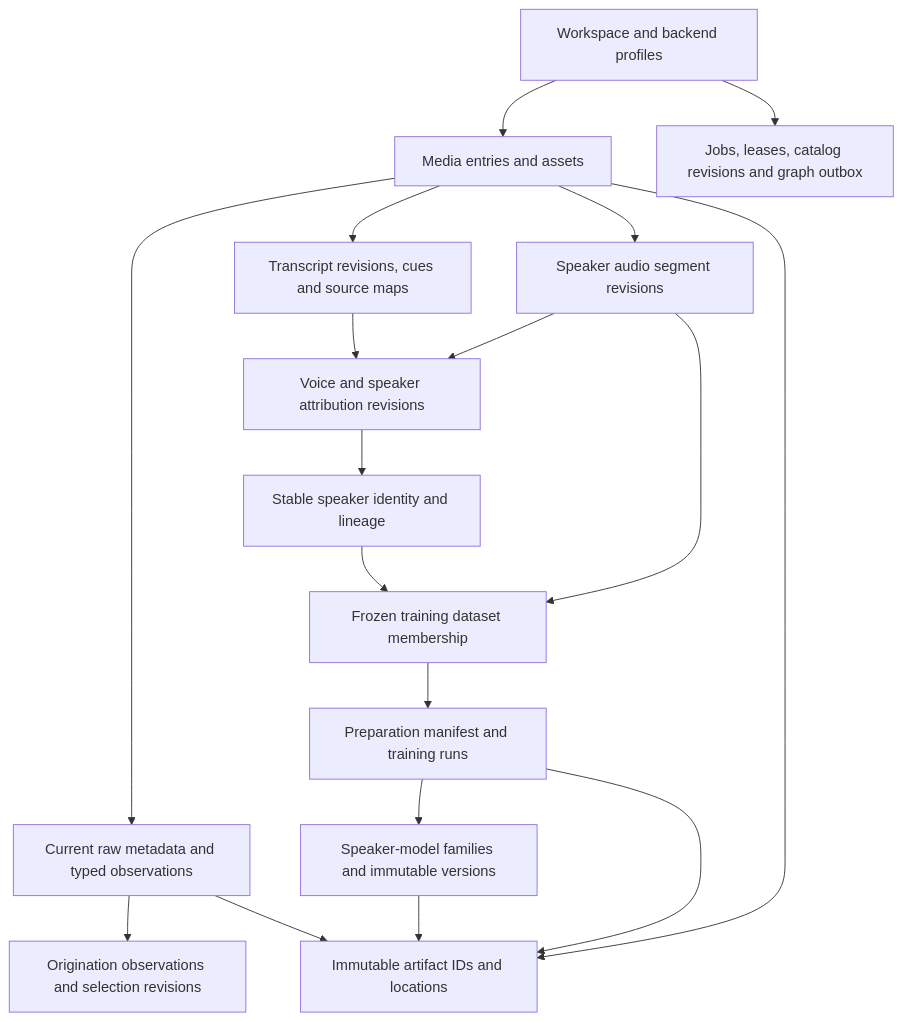
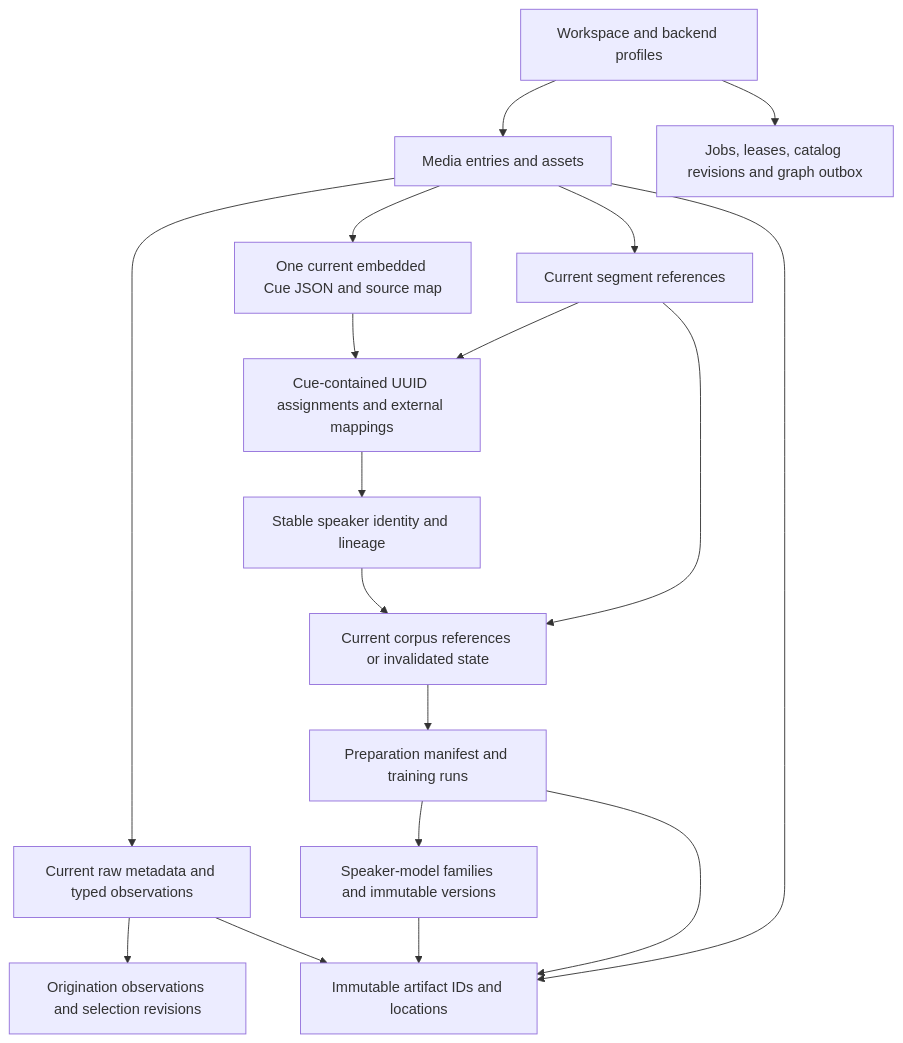
Before and after one commit to shruggietech/insonic: the diagram in docs/v0.0.0/schema.md, drawn with Mermaid. The commit also changed other lines of this file and 144 other files, not shown here.

````diff
--- a/docs/v0.0.0/schema.md
+++ b/docs/v0.0.0/schema.md
@@ -11,20 +11,20 @@
 ```mermaid
 flowchart TB
   Workspace[Workspace and backend profiles] --> Media[Media entries and assets]
   Media --> Metadata[Current raw metadata and typed observations]
   Metadata --> Dates[Origination observations and selection revisions]
-  Media --> Transcripts[Transcript revisions, cues and source maps]
-  Media --> Segments[Speaker audio segment revisions]
-  Transcripts --> Attribution[Voice and speaker attribution revisions]
+  Media --> Transcripts[One current embedded Cue JSON and source map]
+  Media --> Segments[Current segment references]
+  Transcripts --> Attribution[Cue-contained UUID assignments and external mappings]
   Segments --> Attribution
   Attribution --> Speaker[Stable speaker identity and lineage]
-  Segments --> Dataset[Frozen training dataset membership]
+  Segments --> Dataset[Current corpus references or invalidated state]
   Speaker --> Dataset
   Dataset --> Training[Preparation manifest and training runs]
   Training --> Models[Speaker-model families and immutable versions]
   Media --> Artifacts[Immutable artifact IDs and locations]
   Metadata --> Artifacts
   Training --> Artifacts
   Models --> Artifacts
   Workspace --> Jobs[Jobs, leases, catalog revisions and graph outbox]
 ```
````
